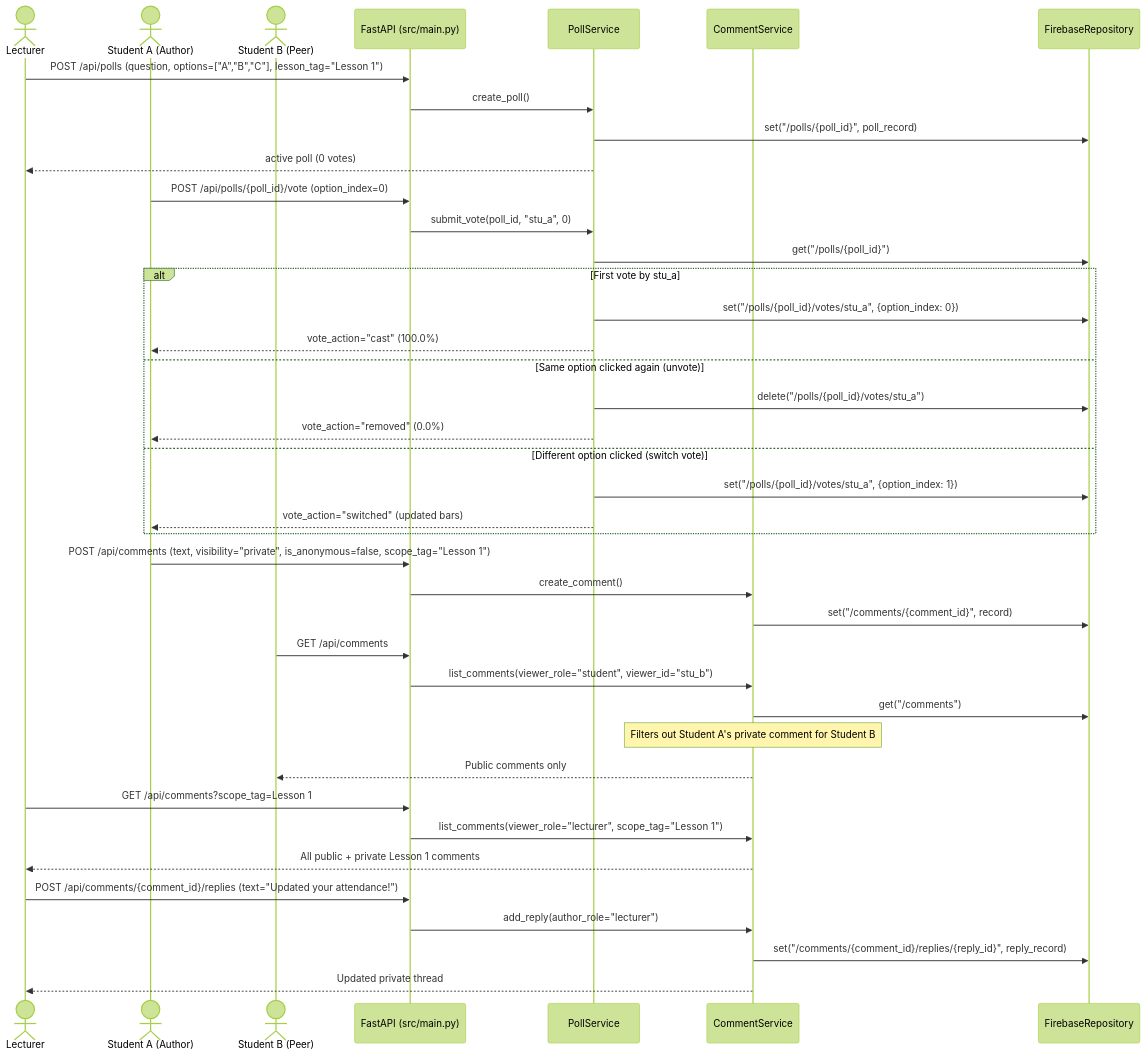
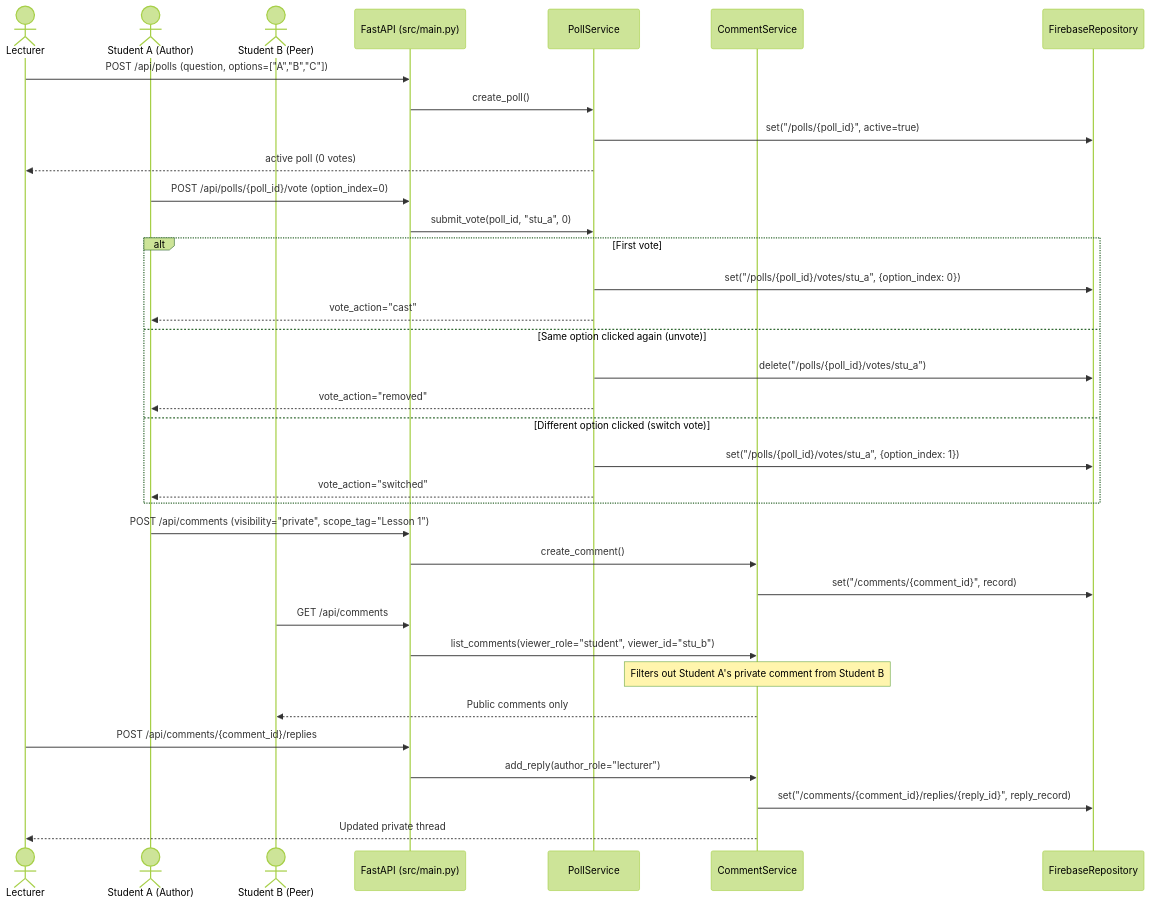
One commit to IlayOr-Chen/AI-Teaching-Assistant-Web changed the fourth of 6 diagrams in docs/05_architecture_and_diagrams.md. Above: the diagram before and after it, drawn with Mermaid (forest theme). The commit also changed other lines of this file and 7 other files, not shown here.

Commit message:
docs: synchronize README.md and all docs/01-07 deliverables to final implementation with verified diagrams and portable links (Refs #15)

````diff
--- a/docs/05_architecture_and_diagrams.md
+++ b/docs/05_architecture_and_diagrams.md
@@ -366,47 +366,42 @@
 ```mermaid
 sequenceDiagram
     actor Lecturer
     actor StudentA as Student A (Author)
     actor StudentB as Student B (Peer)
     participant API as FastAPI (src/main.py)
     participant Poll as PollService
     participant Cmt as CommentService
     participant DB as FirebaseRepository
 
-    Lecturer->>API: POST /api/polls (question, options=["A","B","C"], lesson_tag="Lesson 1")
+    Lecturer->>API: POST /api/polls (question, options=["A","B","C"])
     API->>Poll: create_poll()
-    Poll->>DB: set("/polls/{poll_id}", poll_record)
+    Poll->>DB: set("/polls/{poll_id}", active=true)
     Poll-->>Lecturer: active poll (0 votes)
 
     StudentA->>API: POST /api/polls/{poll_id}/vote (option_index=0)
     API->>Poll: submit_vote(poll_id, "stu_a", 0)
-    Poll->>DB: get("/polls/{poll_id}")
-    alt First vote by stu_a
+    alt First vote
         Poll->>DB: set("/polls/{poll_id}/votes/stu_a", {option_index: 0})
-        Poll-->>StudentA: vote_action="cast" (100.0%)
+        Poll-->>StudentA: vote_action="cast"
     else Same option clicked again (unvote)
         Poll->>DB: delete("/polls/{poll_id}/votes/stu_a")
-        Poll-->>StudentA: vote_action="removed" (0.0%)
+        Poll-->>StudentA: vote_action="removed"
     else Different option clicked (switch vote)
         Poll->>DB: set("/polls/{poll_id}/votes/stu_a", {option_index: 1})
-        Poll-->>StudentA: vote_action="switched" (updated bars)
+        Poll-->>StudentA: vote_action="switched"
     end
 
-    StudentA->>API: POST /api/comments (text, visibility="private", is_anonymous=false, scope_tag="Lesson 1")
+    StudentA->>API: POST /api/comments (visibility="private", scope_tag="Lesson 1")
     API->>Cmt: create_comment()
     Cmt->>DB: set("/comments/{comment_id}", record)
 
     StudentB->>API: GET /api/comments
     API->>Cmt: list_comments(viewer_role="student", viewer_id="stu_b")
-    Cmt->>DB: get("/comments")
-    Note over Cmt: Filters out Student A's private comment for Student B
+    Note over Cmt: Filters out Student A's private comment from Student B
     Cmt-->>StudentB: Public comments only
 
-    Lecturer->>API: GET /api/comments?scope_tag=Lesson 1
-    API->>Cmt: list_comments(viewer_role="lecturer", scope_tag="Lesson 1")
-    Cmt-->>Lecturer: All public + private Lesson 1 comments
-    Lecturer->>API: POST /api/comments/{comment_id}/replies (text="Updated your attendance!")
+    Lecturer->>API: POST /api/comments/{comment_id}/replies
     API->>Cmt: add_reply(author_role="lecturer")
     Cmt->>DB: set("/comments/{comment_id}/replies/{reply_id}", reply_record)
     Cmt-->>Lecturer: Updated private thread
 ```
````
